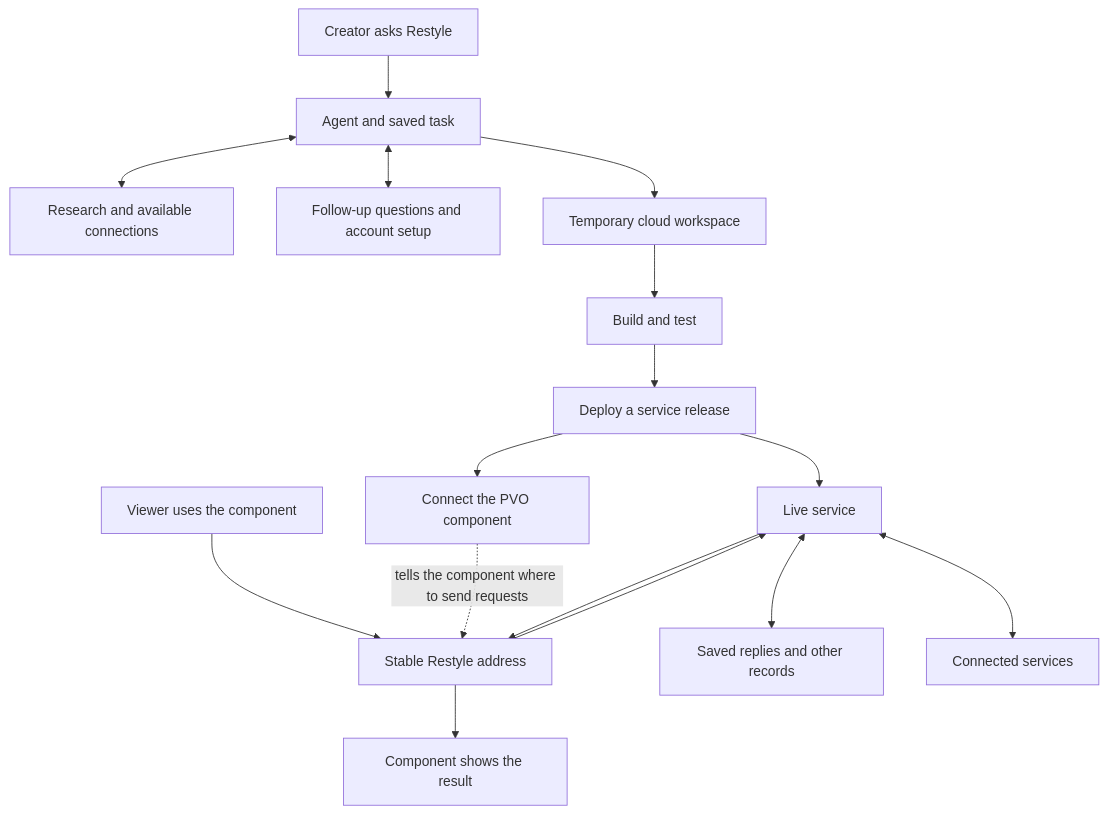
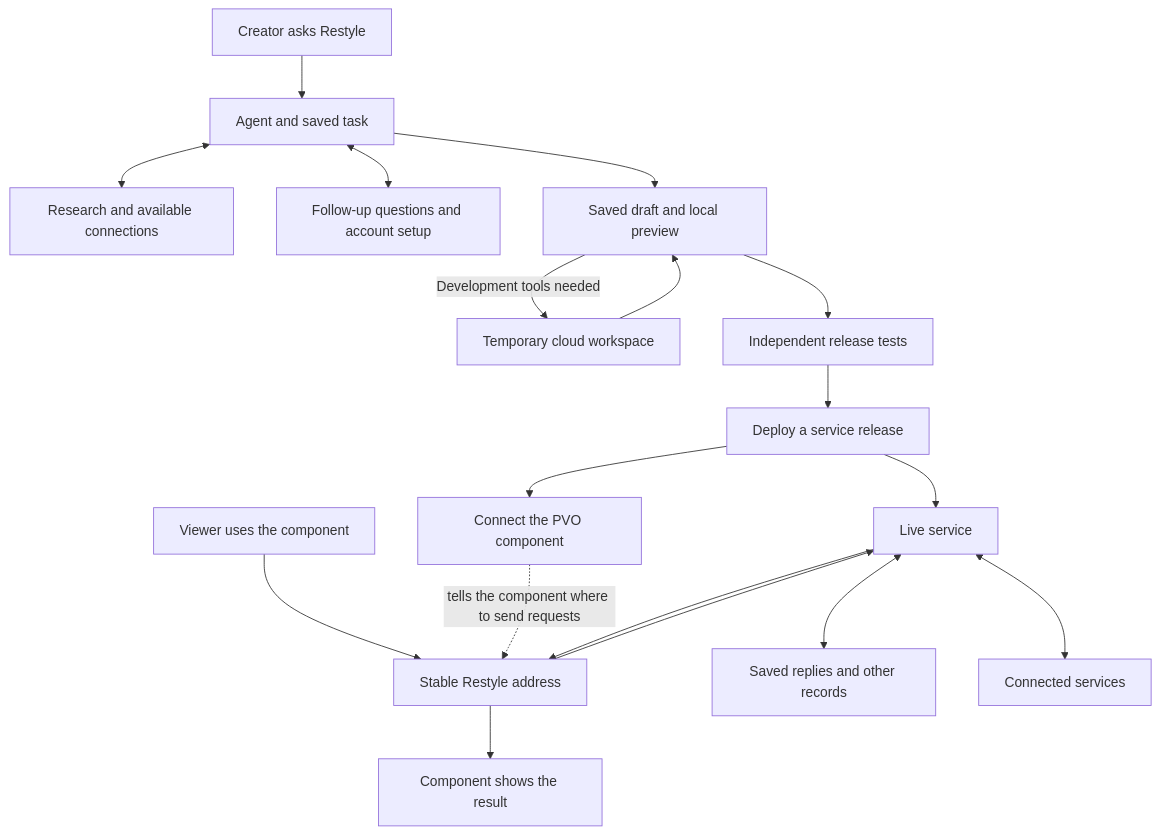
One commit to jaffakakes/pvo-prototype changed the diagram in docs/engineering/restyle-cloud-agent-architecture.md. Above: the diagram before and after it, drawn with Mermaid. The commit also changed other lines of this file and 5 other files, not shown here.

```diff
--- a/docs/engineering/restyle-cloud-agent-architecture.md
+++ b/docs/engineering/restyle-cloud-agent-architecture.md
@@ -62,18 +62,20 @@
 ~~~mermaid
 flowchart TD
   Creator["Creator asks Restyle"] --> Agent["Agent and saved task"]
   Agent <--> Research["Research and available connections"]
   Agent <--> Questions["Follow-up questions and account setup"]
-  Agent --> Workshop["Temporary cloud workspace"]
-  Workshop --> Check["Build and test"]
+  Agent --> Draft["Saved draft and local preview"]
+  Draft -->|Development tools needed| Workshop["Temporary cloud workspace"]
+  Workshop --> Draft
+  Draft --> Check["Independent release tests"]
   Check --> Release["Deploy a service release"]
   Release --> Service["Live service"]
   Release --> Link["Connect the PVO component"]
   Viewer["Viewer uses the component"] --> Gateway["Stable Restyle address"]
   Link -. "tells the component where to send requests" .-> Gateway
   Gateway --> Service
   Service <--> Records["Saved replies and other records"]
   Service <--> Outside["Connected services"]
   Service --> Gateway
   Gateway --> Result["Component shows the result"]
 ~~~
```
